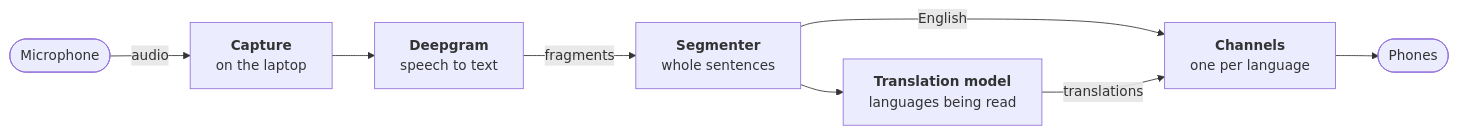
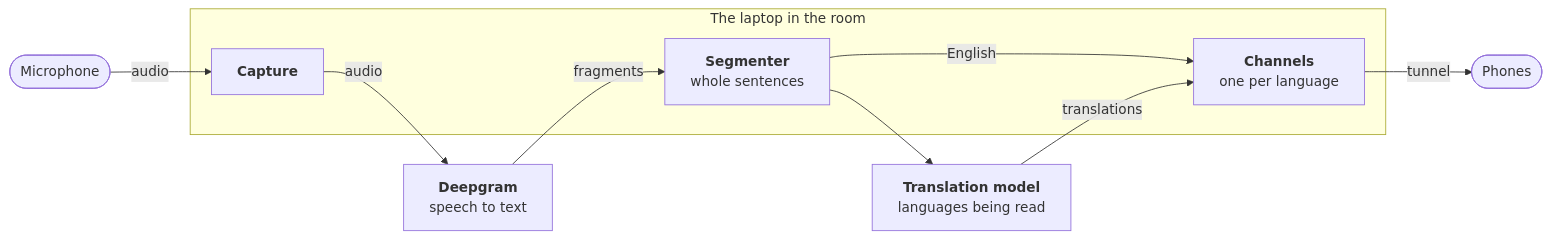
One commit to ChrisMayfield/transept changed the first of 2 diagrams in README.md. Above: the diagram before and after it, drawn with Mermaid. The commit also changed other lines of this file and 4 other files, not shown here.

````diff
--- a/README.md
+++ b/README.md
@@ -21,10 +49,15 @@
 ```mermaid
 flowchart LR
-  mic(["Microphone"]) -->|audio| capture["<b>Capture</b><br/>on the laptop"]
-  capture --> dg["<b>Deepgram</b><br/>speech to text"]
-  dg -->|fragments| seg["<b>Segmenter</b><br/>whole sentences"]
-  seg -->|English| hub["<b>Channels</b><br/>one per language"]
+  mic(["Microphone"]) -->|audio| capture
+  subgraph laptop["The laptop in the room"]
+    capture["<b>Capture</b>"]
+    seg["<b>Segmenter</b><br/>whole sentences"]
+    hub["<b>Channels</b><br/>one per language"]
+  end
+  capture -->|audio| dg["<b>Deepgram</b><br/>speech to text"]
+  dg -->|fragments| seg
+  seg -->|English| hub
   seg --> llm["<b>Translation model</b><br/>languages being read"]
   llm -->|translations| hub
-  hub --> phones(["Phones"])
+  hub -->|tunnel| phones(["Phones"])
 ```
````
